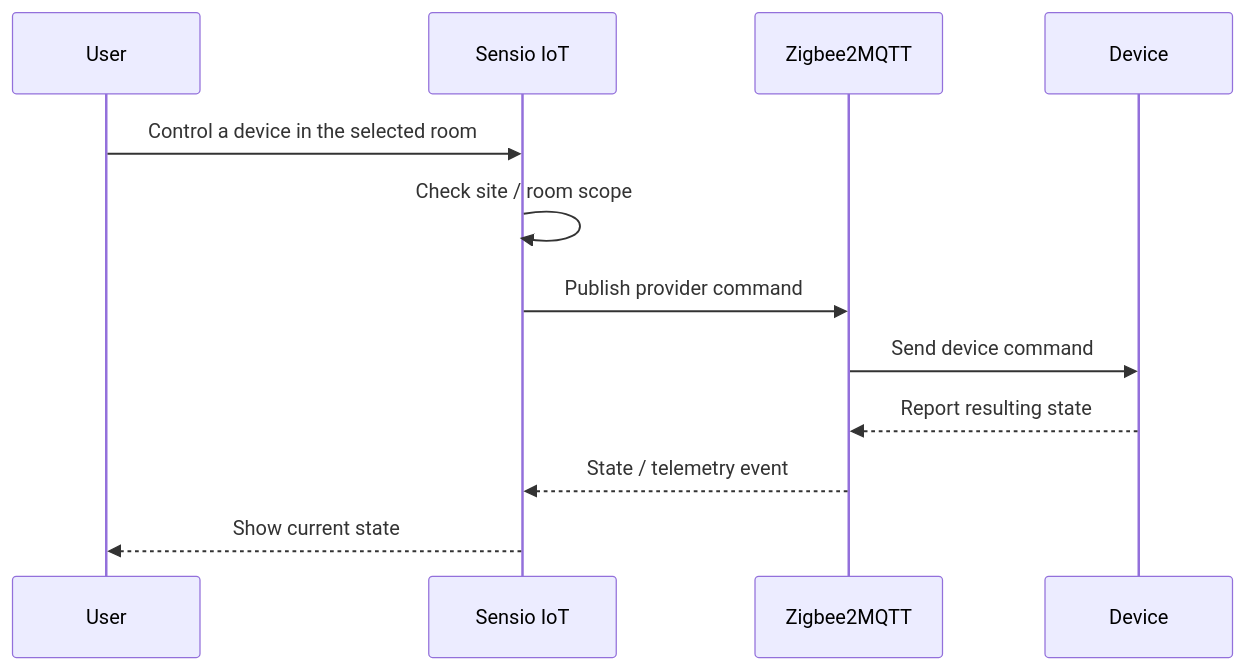
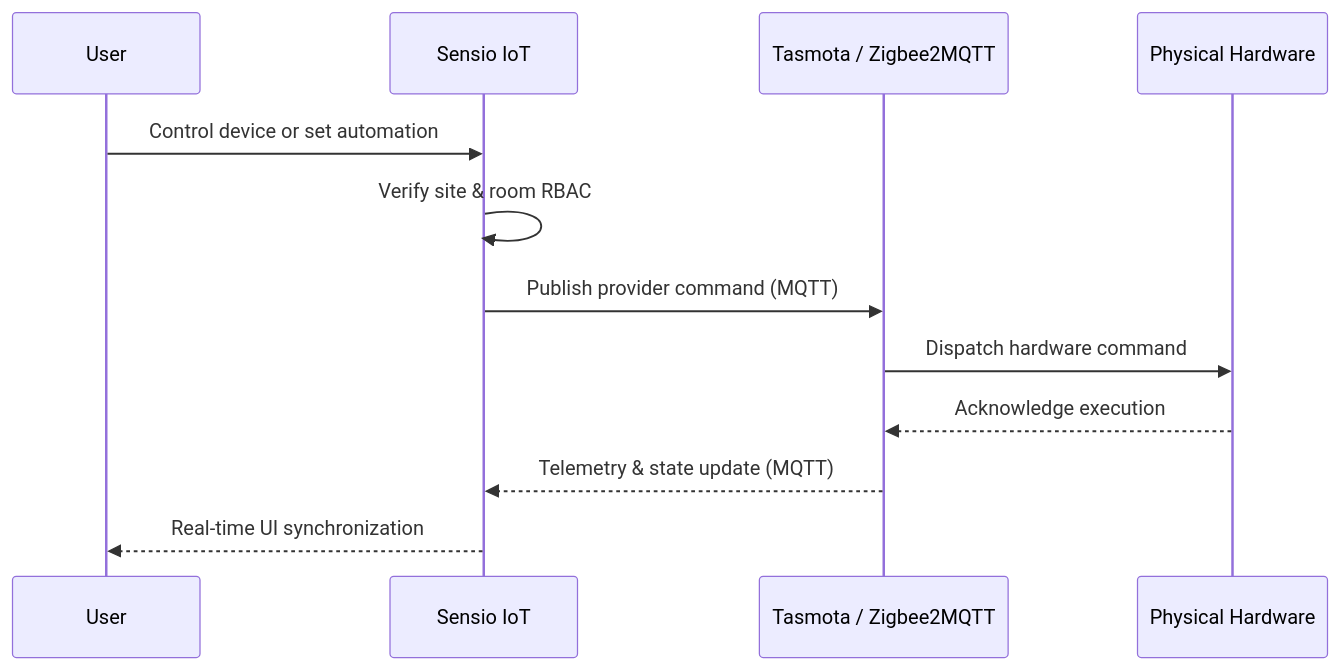
One commit to farismnrr/portofolio changed the third of 3 diagrams in frontend/content/projects/sensio-iot.md. Above: the diagram before and after it, drawn with Mermaid. The commit also changed other lines of this file and 7 other files, not shown here.

````diff
--- a/frontend/content/projects/sensio-iot.md
+++ b/frontend/content/projects/sensio-iot.md
@@ -93,15 +100,15 @@
 ```mermaid
 sequenceDiagram
     participant U as User
     participant A as Sensio IoT
-    participant Z as Zigbee2MQTT
-    participant D as Device
+    participant Z as Tasmota / Zigbee2MQTT
+    participant D as Physical Hardware
 
-    U->>A: Control a device in the selected room
-    A->>A: Check site / room scope
-    A->>Z: Publish provider command
-    Z->>D: Send device command
-    D-->>Z: Report resulting state
-    Z-->>A: State / telemetry event
-    A-->>U: Show current state
+    U->>A: Control device or set automation
+    A->>A: Verify site & room RBAC
+    A->>Z: Publish provider command (MQTT)
+    Z->>D: Dispatch hardware command
+    D-->>Z: Acknowledge execution
+    Z-->>A: Telemetry & state update (MQTT)
+    A-->>U: Real-time UI synchronization
 ```
````
